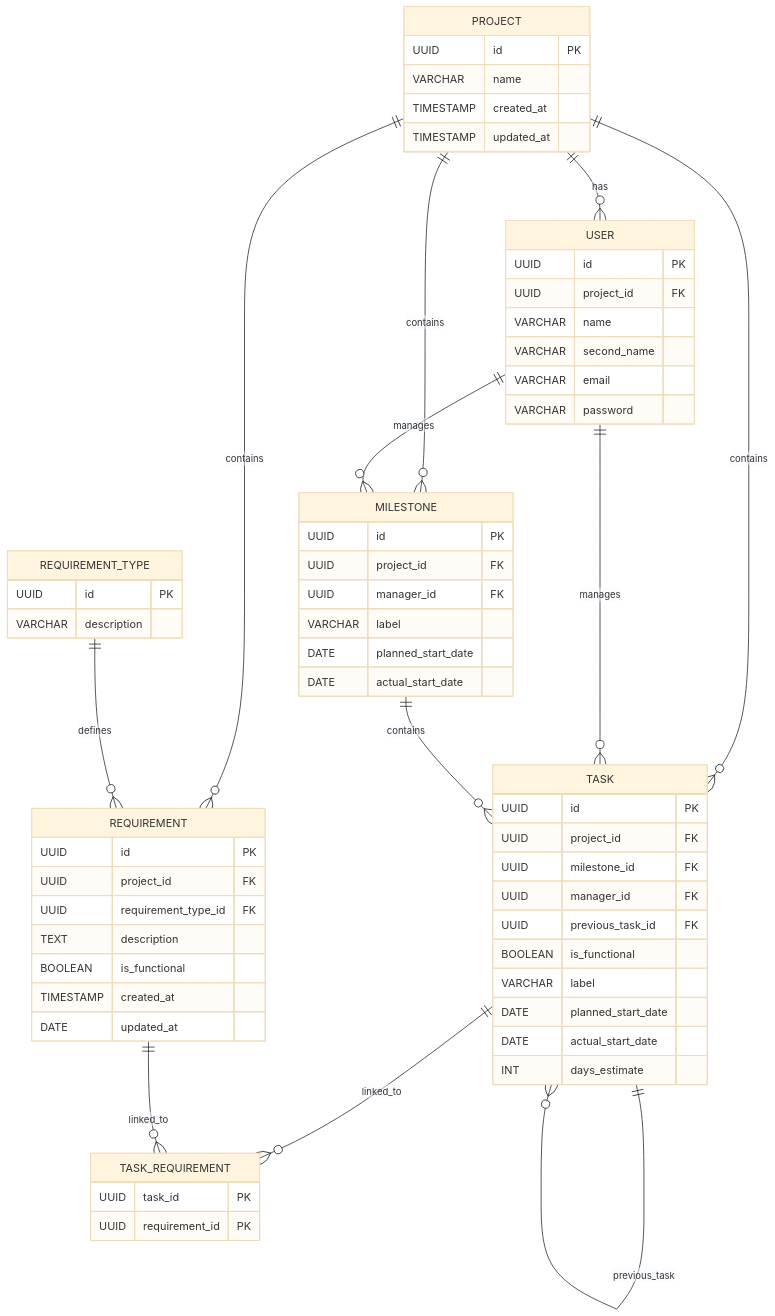
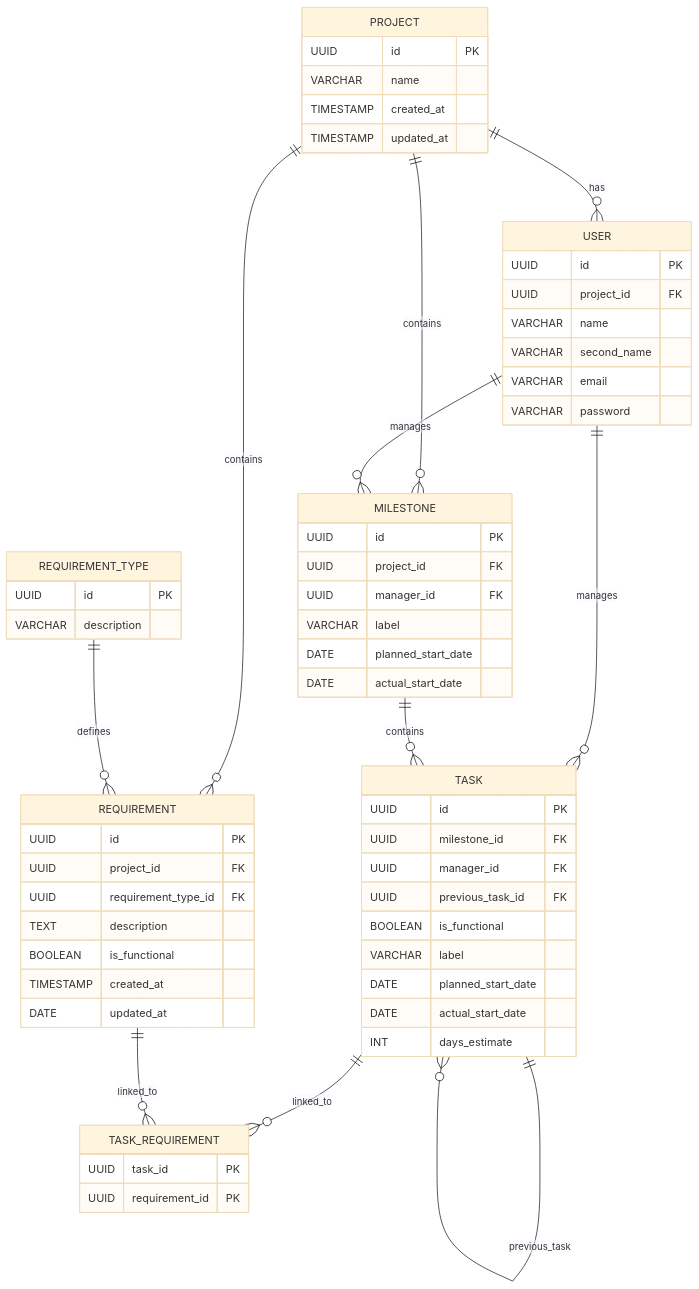
One commit to Firstmars01/AppManagment changed the diagram in Graph.mermaid. Above: the diagram before and after it, drawn with Mermaid (base theme). The commit also changed 4 other files, not shown here.

Commit message:
update - remove project from task

```diff
--- a/Graph.mermaid
+++ b/Graph.mermaid
@@ -1,76 +1,74 @@
 erDiagram
     PROJECT {
         UUID id PK
         VARCHAR name
         TIMESTAMP created_at
         TIMESTAMP updated_at
     }
 
     USER {
         UUID id PK
         UUID project_id FK
         VARCHAR name
         VARCHAR second_name
         VARCHAR email
         VARCHAR password
     }
 
     MILESTONE {
         UUID id PK
         UUID project_id FK
         UUID manager_id FK
         VARCHAR label
         DATE planned_start_date
         DATE actual_start_date
     }
 
     REQUIREMENT_TYPE {
         UUID id PK
         VARCHAR description
     }
 
     REQUIREMENT {
         UUID id PK
         UUID project_id FK
         UUID requirement_type_id FK
         TEXT description
         BOOLEAN is_functional
         TIMESTAMP created_at
         DATE updated_at
     }
 
     TASK {
         UUID id PK
-        UUID project_id FK
         UUID milestone_id FK
         UUID manager_id FK
         UUID previous_task_id FK
         BOOLEAN is_functional
         VARCHAR label
         DATE planned_start_date
         DATE actual_start_date
         INT days_estimate
     }
 
     TASK_REQUIREMENT {
         UUID task_id PK
         UUID requirement_id PK
     }
 
     %% Relations
     PROJECT ||--o{ USER : has
     PROJECT ||--o{ MILESTONE : contains
     PROJECT ||--o{ REQUIREMENT : contains
-    PROJECT ||--o{ TASK : contains
 
     USER ||--o{ MILESTONE : manages
     USER ||--o{ TASK : manages
 
     MILESTONE ||--o{ TASK : contains
 
     REQUIREMENT_TYPE ||--o{ REQUIREMENT : defines
 
     TASK ||--o{ TASK_REQUIREMENT : linked_to
     REQUIREMENT ||--o{ TASK_REQUIREMENT : linked_to
 
     TASK ||--o{ TASK : previous_task
```
